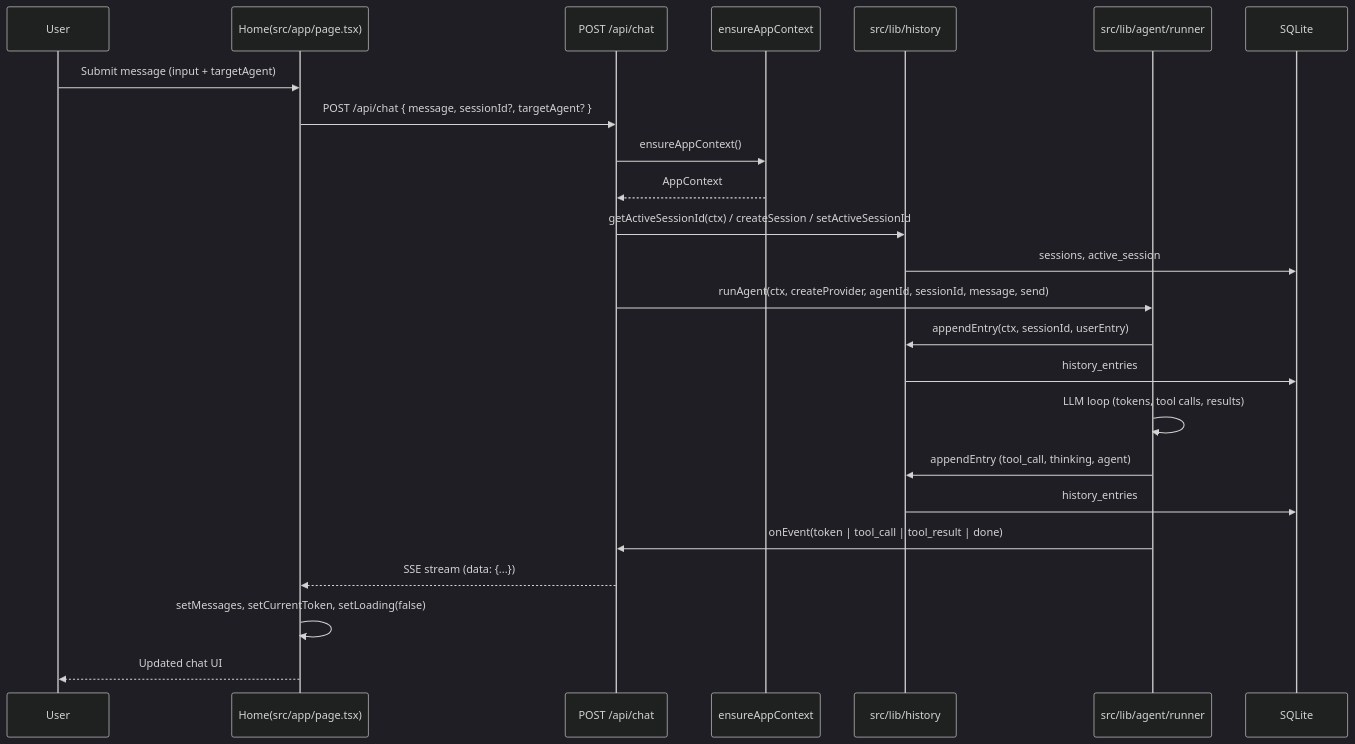
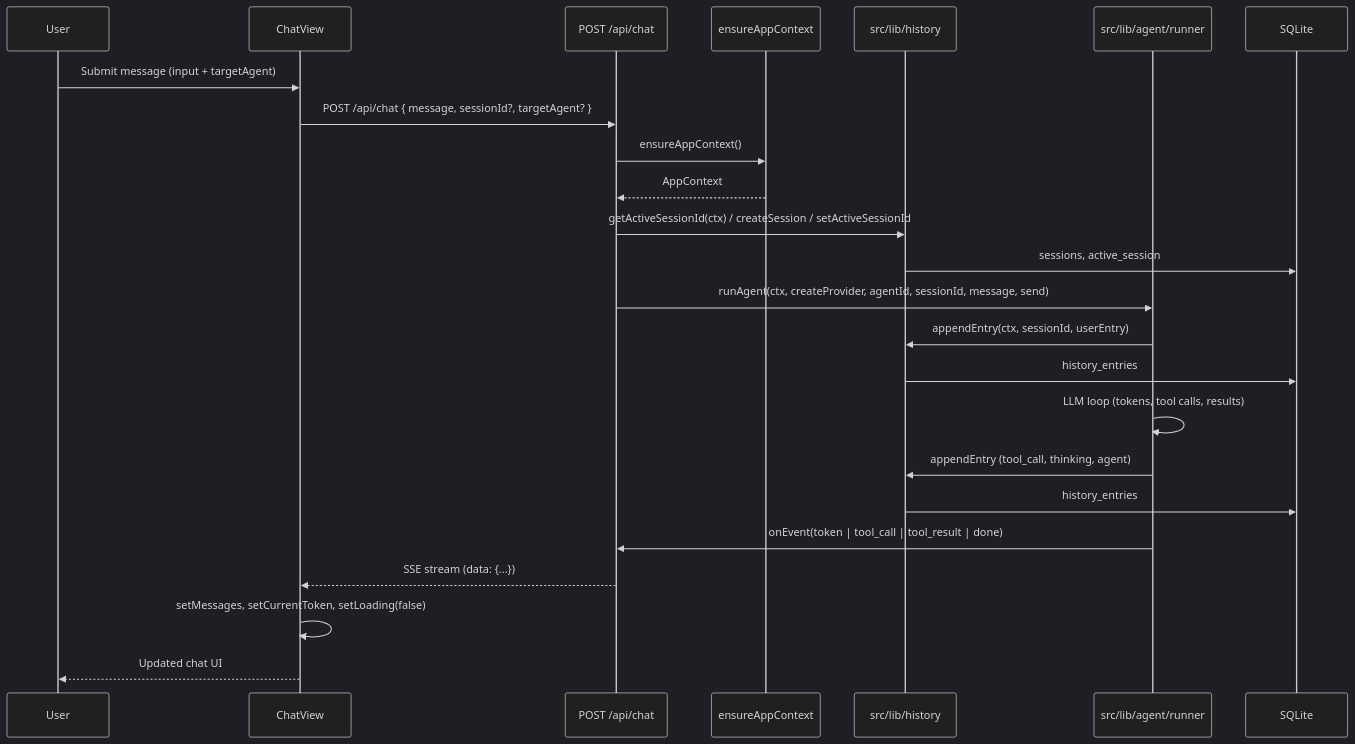
One commit to GarrettFleischer/maia changed the first of 4 diagrams in docs/architecture/request-flows.md. Above: the diagram before and after it, drawn with Mermaid (dark theme). The commit also changed other lines of this file and 18 other files, not shown here.

````diff
--- a/docs/architecture/request-flows.md
+++ b/docs/architecture/request-flows.md
@@ -9,27 +9,27 @@
 ```mermaid
 sequenceDiagram
   participant User
-  participant Home as Home(src/app/page.tsx)
+  participant Home as ChatView
   participant ChatAPI as POST /api/chat
   participant Instr as ensureAppContext
   participant History as src/lib/history
   participant Runner as src/lib/agent/runner
   participant DB as SQLite
 
   User->>Home: Submit message (input + targetAgent)
   Home->>ChatAPI: POST /api/chat { message, sessionId?, targetAgent? }
   ChatAPI->>Instr: ensureAppContext()
   Instr-->>ChatAPI: AppContext
   ChatAPI->>History: getActiveSessionId(ctx) / createSession / setActiveSessionId
   History->>DB: sessions, active_session
   ChatAPI->>Runner: runAgent(ctx, createProvider, agentId, sessionId, message, send)
   Runner->>History: appendEntry(ctx, sessionId, userEntry)
   History->>DB: history_entries
   Runner->>Runner: LLM loop (tokens, tool calls, results)
   Runner->>History: appendEntry (tool_call, thinking, agent)
   History->>DB: history_entries
   Runner->>ChatAPI: onEvent(token | tool_call | tool_result | done)
   ChatAPI-->>Home: SSE stream (data: {...})
   Home->>Home: setMessages, setCurrentToken, setLoading(false)
   Home-->>User: Updated chat UI
 ```
````
